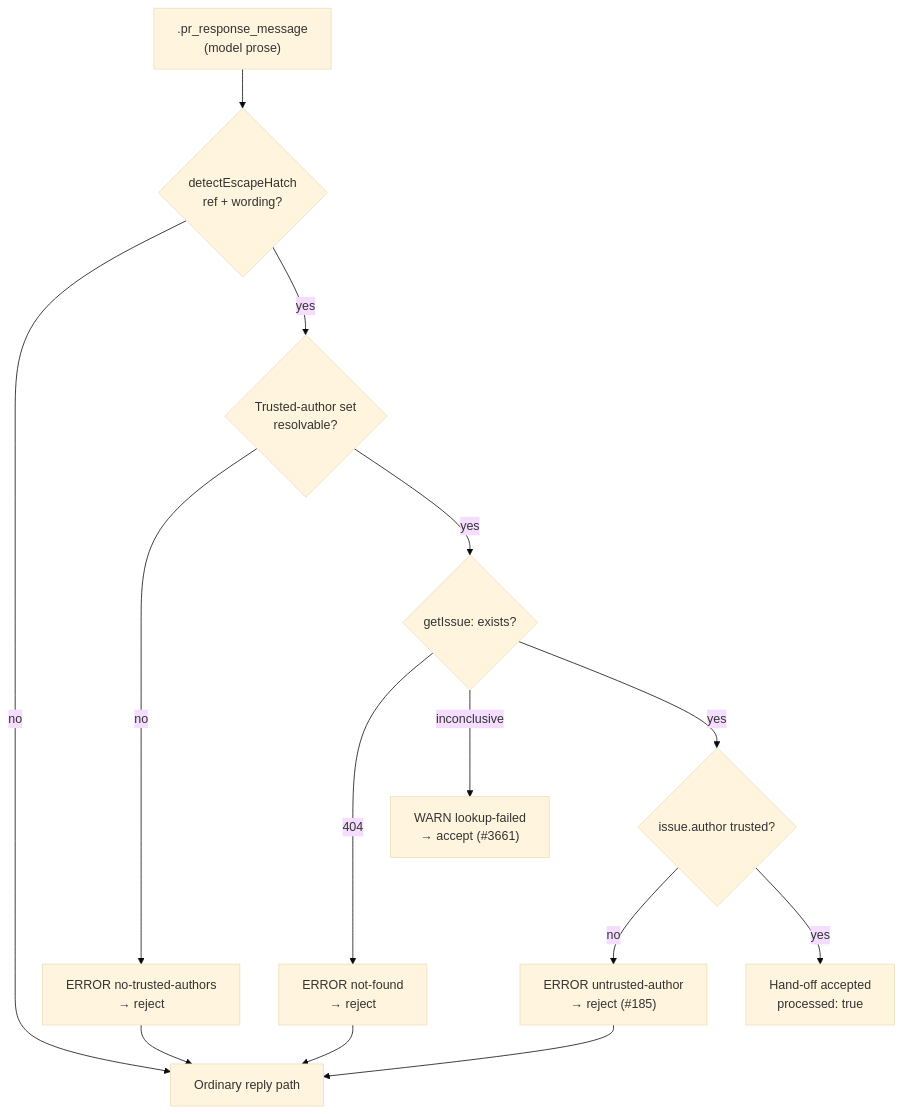
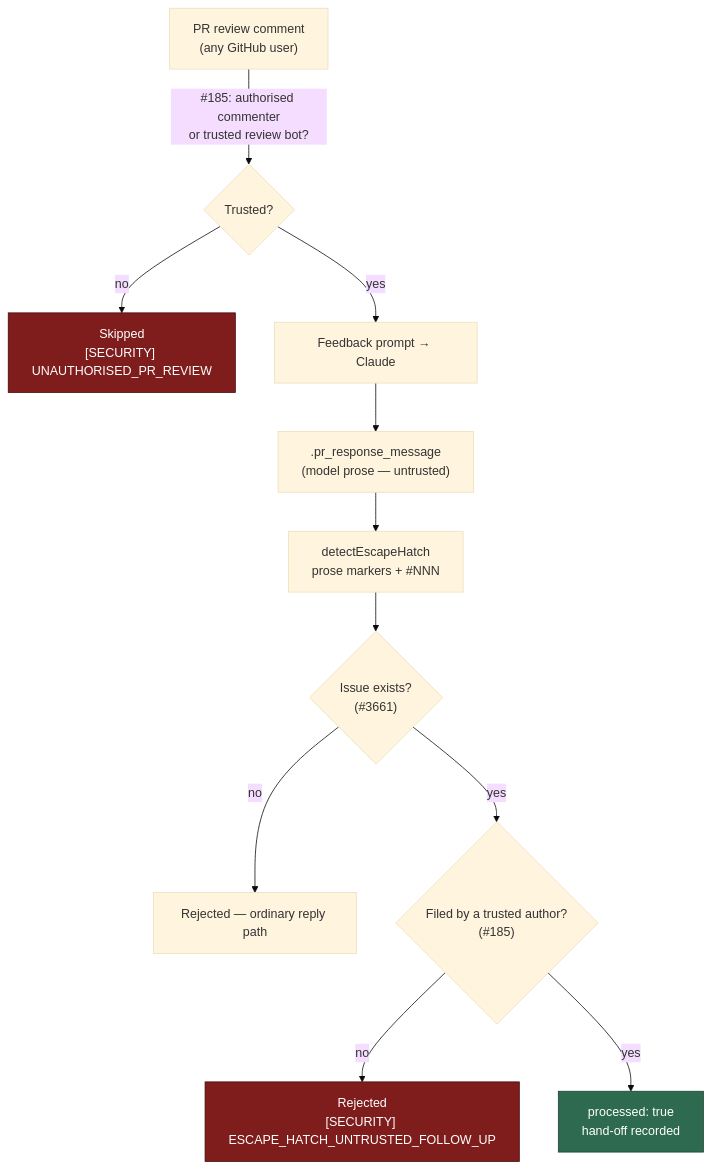
Before and after one commit to stSoftwareAU/VibeCoder: the diagram in docs/archive/pr-summaries/pr-summary-185.md, drawn with Mermaid (base theme). The commit also changed other lines of this file, not shown here.

First line of the commit message:
Add PR summary for issue #185

````diff
--- a/docs/archive/pr-summaries/pr-summary-185.md
+++ b/docs/archive/pr-summaries/pr-summary-185.md
@@ -55,16 +41,16 @@
 ```mermaid
 flowchart TD
-    A[".pr_response_message<br/>(model prose)"] --> B{"detectEscapeHatch<br/>ref + wording?"}
-    B -->|no| Z["Ordinary reply path"]
-    B -->|yes| C{"Trusted-author set<br/>resolvable?"}
-    C -->|no| E1["ERROR no-trusted-authors<br/>→ reject"]
-    C -->|yes| D{"getIssue: exists?"}
-    D -->|404| E2["ERROR not-found<br/>→ reject"]
-    D -->|inconclusive| W["WARN lookup-failed<br/>→ accept (#3661)"]
-    D -->|yes| F{"issue.author trusted?"}
-    F -->|no| E3["ERROR untrusted-author<br/>→ reject (#185)"]
-    F -->|yes| G["Hand-off accepted<br/>processed: true"]
-    E1 --> Z
-    E2 --> Z
-    E3 --> Z
+    A["PR review comment<br/>(any GitHub user)"] -->|"#185: authorised commenter<br/>or trusted review bot?"| B{Trusted?}
+    B -->|no| X["Skipped<br/>[SECURITY] UNAUTHORISED_PR_REVIEW"]
+    B -->|yes| C["Feedback prompt → Claude"]
+    C --> D[".pr_response_message<br/>(model prose — untrusted)"]
+    D --> E["detectEscapeHatch<br/>prose markers + #NNN"]
+    E --> F{"Issue exists?<br/>(#3661)"}
+    F -->|no| Y["Rejected — ordinary reply path"]
+    F -->|yes| G{"Filed by a trusted author?<br/>(#185)"}
+    G -->|no| Z["Rejected<br/>[SECURITY] ESCAPE_HATCH_UNTRUSTED_FOLLOW_UP"]
+    G -->|yes| H["processed: true<br/>hand-off recorded"]
+    style Z fill:#7f1d1d,stroke:#450a0a,color:#fff
+    style X fill:#7f1d1d,stroke:#450a0a,color:#fff
+    style H fill:#2d6a4f,stroke:#1b4332,color:#fff
 ```
````
